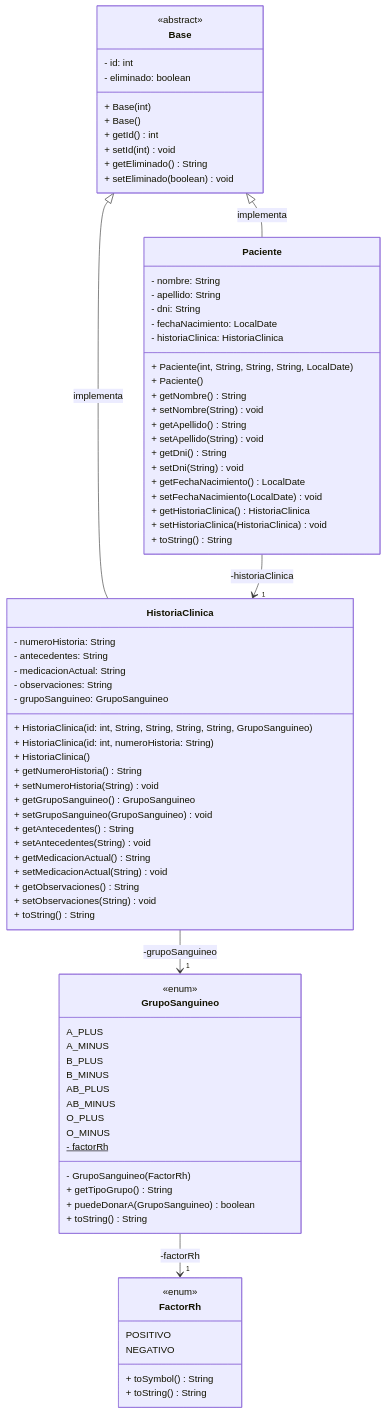
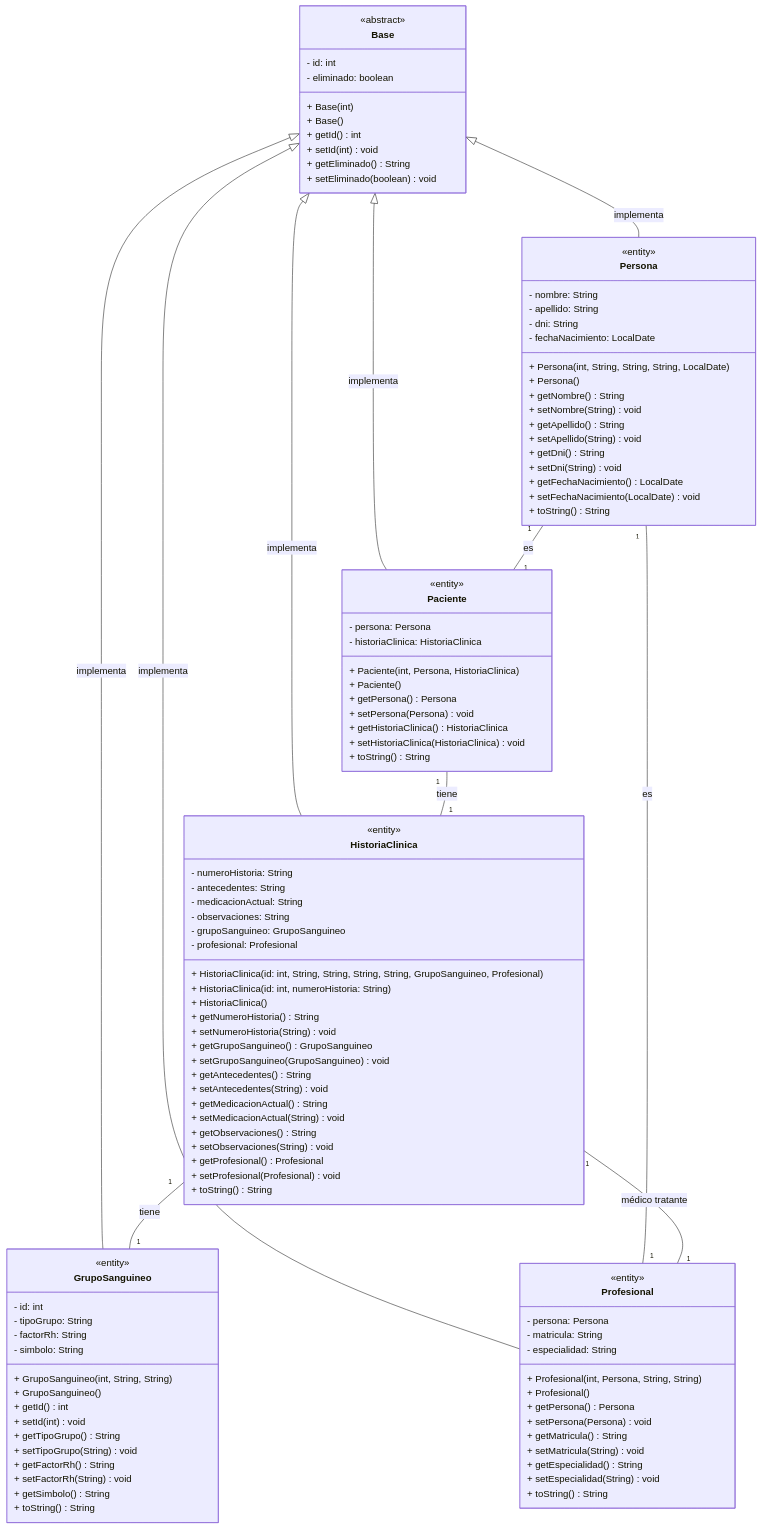
One commit to Gerolupo12/paciente-historia-cliente changed the first of 2 diagrams in README.md. Above: the diagram before and after it, drawn with Mermaid.

````diff
--- a/README.md
+++ b/README.md
@@ -66,90 +66,120 @@
 ```mermaid
-    classDiagram
-        direction TB
-            class Base {
-                - id: int
-                - eliminado: boolean
-                + Base(int)
-                + Base()
-                + getId() int
-                + setId(int) void
-                + getEliminado() String
-                + setEliminado(boolean) void
-            }
+classDiagram
+    direction TB
+    class Base {
+        - id: int
+        - eliminado: boolean
+        + Base(int)
+        + Base()
+        + getId() int
+        + setId(int) void
+        + getEliminado() String
+        + setEliminado(boolean) void
+    }
 
-            class Paciente {
-                - nombre: String
-                - apellido: String
-                - dni: String
-                - fechaNacimiento: LocalDate
-                - historiaClinica: HistoriaClinica
-                + Paciente(int, String, String, String, LocalDate)
-                + Paciente()
-                + getNombre() String
-                + setNombre(String) void
-                + getApellido() String
-                + setApellido(String) void
-                + getDni() String
-                + setDni(String) void
-                + getFechaNacimiento() LocalDate
-                + setFechaNacimiento(LocalDate) void
-                + getHistoriaClinica() HistoriaClinica
-                + setHistoriaClinica(HistoriaClinica) void
-                + toString() String
-            }
+    class Persona {
+        - nombre: String
+        - apellido: String
+        - dni: String
+        - fechaNacimiento: LocalDate
+        + Persona(int, String, String, String, LocalDate)
+        + Persona()
+        + getNombre() String
+        + setNombre(String) void
+        + getApellido() String
+        + setApellido(String) void
+        + getDni() String
+        + setDni(String) void
+        + getFechaNacimiento() LocalDate
+        + setFechaNacimiento(LocalDate) void
+        + toString() String
+    }
 
-            class HistoriaClinica {
-                - numeroHistoria: String
-                - antecedentes: String
-                - medicacionActual: String
-                - observaciones: String
-                - grupoSanguineo: GrupoSanguineo
-                + HistoriaClinica(id: int, String, String, String, String, GrupoSanguineo)
-                + HistoriaClinica(id: int, numeroHistoria: String)
-                + HistoriaClinica()
-                + getNumeroHistoria() String
-                + setNumeroHistoria(String) void
-                + getGrupoSanguineo() GrupoSanguineo
-                + setGrupoSanguineo(GrupoSanguineo) void
-                + getAntecedentes() String
-                + setAntecedentes(String) void
-                + getMedicacionActual() String
-                + setMedicacionActual(String) void
-                + getObservaciones() String
-                + setObservaciones(String) void
-                + toString() String
-            }
+    class Paciente {
+        - persona: Persona
+        - historiaClinica: HistoriaClinica
+        + Paciente(int, Persona, HistoriaClinica)
+        + Paciente()
+        + getPersona() Persona
+        + setPersona(Persona) void
+        + getHistoriaClinica() HistoriaClinica
+        + setHistoriaClinica(HistoriaClinica) void
+        + toString() String
+    }
 
-            class GrupoSanguineo {
-                A_PLUS
-                A_MINUS
-                B_PLUS
-                B_MINUS
-                AB_PLUS
-                AB_MINUS
-                O_PLUS
-                O_MINUS
-                - factorRh$
-                - GrupoSanguineo(FactorRh)
-                + getTipoGrupo() String
-                + puedeDonarA(GrupoSanguineo) boolean
-                + toString() String
-            }
+    class Profesional {
+        - persona: Persona
+        - matricula: String
+        - especialidad: String
+        + Profesional(int, Persona, String, String)
+        + Profesional()
+        + getPersona() Persona
+        + setPersona(Persona) void
+        + getMatricula() String
+        + setMatricula(String) void
+        + getEspecialidad() String
+        + setEspecialidad(String) void
+        + toString() String
+    }
 
-            class FactorRh {
-                POSITIVO
-                NEGATIVO
-                + toSymbol() String
-                + toString() String
-            }
+    class HistoriaClinica {
+        - numeroHistoria: String
+        - antecedentes: String
+        - medicacionActual: String
+        - observaciones: String
+        - grupoSanguineo: GrupoSanguineo
+        - profesional: Profesional
+        + HistoriaClinica(id: int, String, String, String, String, GrupoSanguineo, Profesional)
+        + HistoriaClinica(id: int, numeroHistoria: String)
+        + HistoriaClinica()
+        + getNumeroHistoria() String
+        + setNumeroHistoria(String) void
+        + getGrupoSanguineo() GrupoSanguineo
+        + setGrupoSanguineo(GrupoSanguineo) void
+        + getAntecedentes() String
+        + setAntecedentes(String) void
+        + getMedicacionActual() String
+        + setMedicacionActual(String) void
+        + getObservaciones() String
+        + setObservaciones(String) void
+        + getProfesional() Profesional
+        + setProfesional(Profesional) void
+        + toString() String
+    }
 
-            <<abstract>> Base
-            <<enum>> GrupoSanguineo
-            <<enum>> FactorRh
+    class GrupoSanguineo {
+        - id: int
+        - tipoGrupo: String
+        - factorRh: String
+        - simbolo: String
+        + GrupoSanguineo(int, String, String)
+        + GrupoSanguineo()
+        + getId() int
+        + setId(int) void
+        + getTipoGrupo() String
+        + setTipoGrupo(String) void
+        + getFactorRh() String
+        + setFactorRh(String) void
+        + getSimbolo() String
+        + toString() String
+    }
 
-            Base <|-- Paciente : implementa
-            Base <|-- HistoriaClinica : implementa
-            Paciente --> "1" HistoriaClinica : -historiaClinica
-            HistoriaClinica --> "1" GrupoSanguineo : -grupoSanguineo
-            GrupoSanguineo --> "1" FactorRh : -factorRh
+    <<abstract>> Base
+    <<entity>> Persona
+    <<entity>> Paciente
+    <<entity>> Profesional
+    <<entity>> HistoriaClinica
+    <<entity>> GrupoSanguineo
+
+    Base <|-- Persona : implementa
+    Base <|-- Paciente : implementa
+    Base <|-- Profesional : implementa
+    Base <|-- HistoriaClinica : implementa
+    Base <|-- GrupoSanguineo : implementa
+    
+    Persona "1" -- "1" Paciente : es
+    Persona "1" -- "1" Profesional : es
+    Paciente "1" -- "1" HistoriaClinica : tiene
+    HistoriaClinica "1" -- "1" GrupoSanguineo : tiene
+    HistoriaClinica "1" -- "1" Profesional : médico tratante
 ```
````
